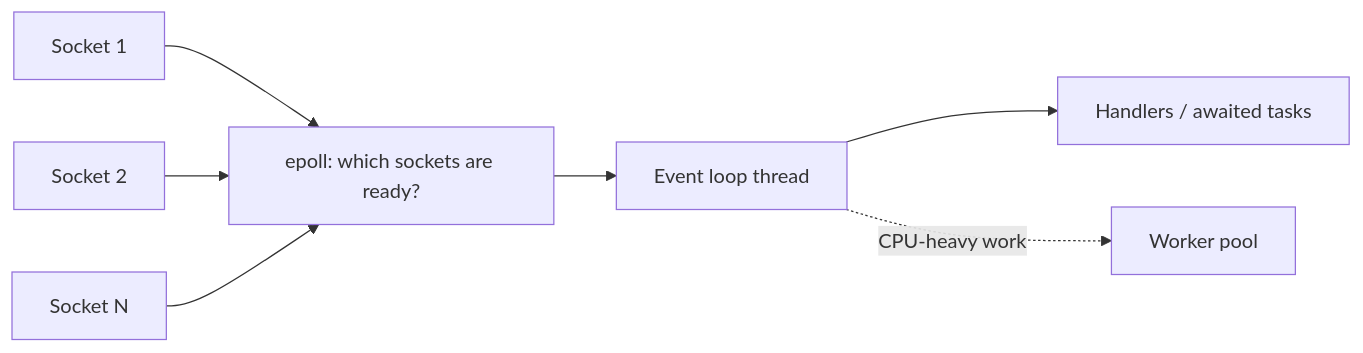
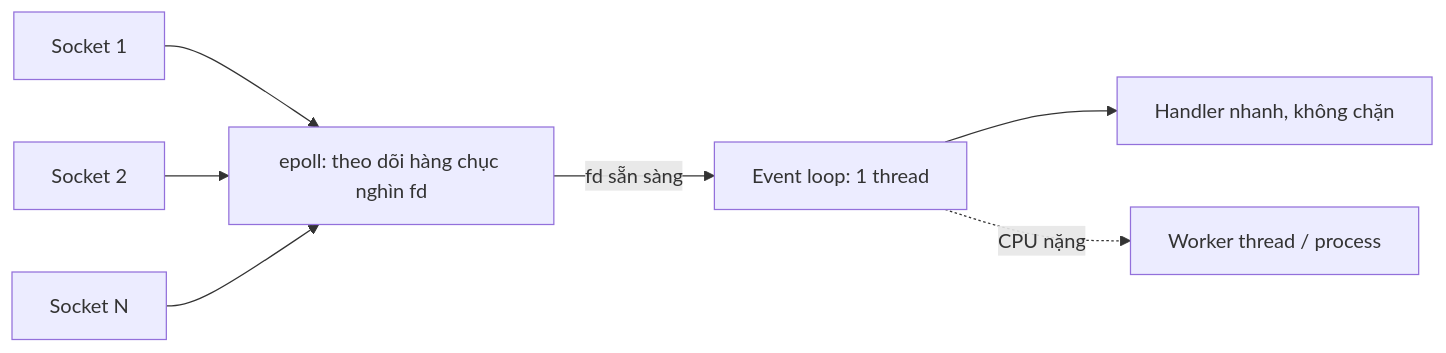
One commit to passion-Infinity/personal-tech-playbook changed the diagram in src/assets/knowledge/playbooks/fundamentals/io-models-async-event-loop.md. Above: the diagram before and after it, drawn with Mermaid. The commit also changed other lines of this file and 5 other files, not shown here.

````diff
--- a/src/assets/knowledge/playbooks/fundamentals/io-models-async-event-loop.md
+++ b/src/assets/knowledge/playbooks/fundamentals/io-models-async-event-loop.md
@@ -18,9 +38,9 @@
 ```mermaid
 flowchart LR
-    S1[Socket 1] --> EP["epoll: which sockets are ready?"]
-    S2[Socket 2] --> EP
-    S3[Socket N] --> EP
-    EP --> L[Event loop thread]
-    L --> H[Handlers / awaited tasks]
-    L -.->|"CPU-heavy work"| W[Worker pool]
+    S1["Socket 1"] --> EP["epoll: theo dõi hàng chục nghìn fd"]
+    S2["Socket 2"] --> EP
+    S3["Socket N"] --> EP
+    EP -->|"fd sẵn sàng"| EL["Event loop: 1 thread"]
+    EL --> H["Handler nhanh, không chặn"]
+    EL -.->|"CPU nặng"| WK["Worker thread / process"]
 ```
````
